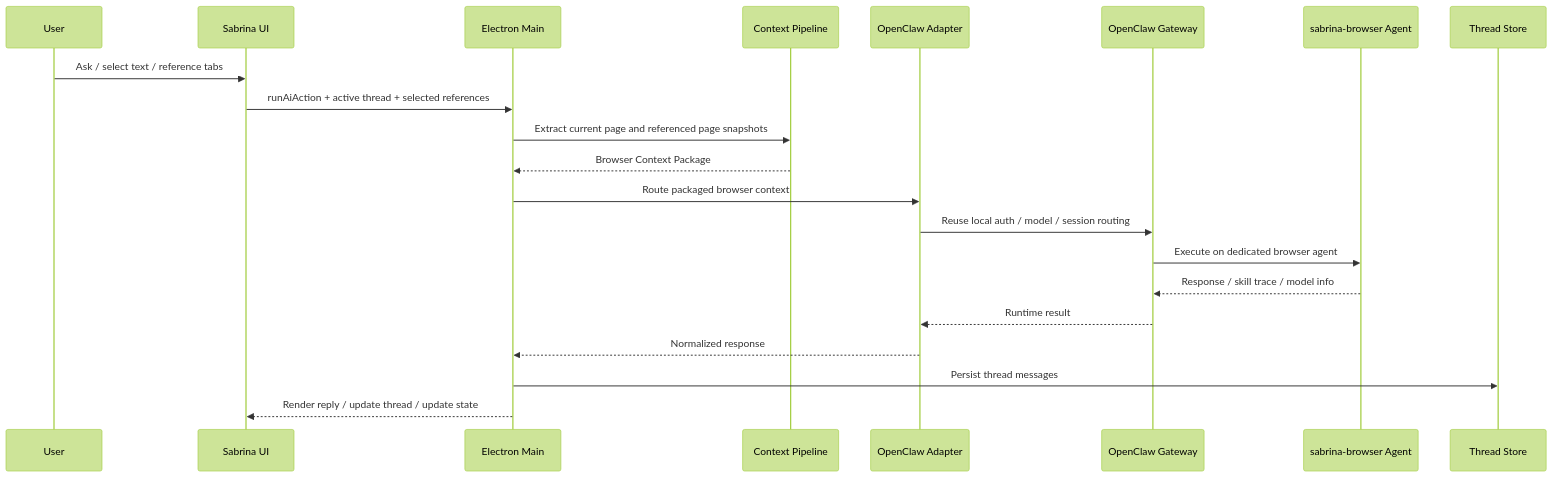
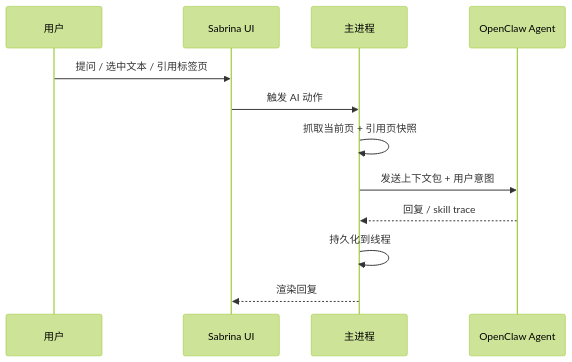
The second of 2 diagrams in README.md (jiaqi015/openclaw-ai-browser), drawn with Mermaid (forest theme) before and after one commit. The commit also changed other lines of this file and 1 other file, not shown here.

First line of the commit message:
simplify: replace detailed arch diagrams with clean 3-layer view

````diff
--- a/README.md
+++ b/README.md
@@ -161,24 +145,15 @@
 ```mermaid
 sequenceDiagram
-  participant U as User
+  participant U as 用户
   participant UI as Sabrina UI
-  participant Main as Electron Main
-  participant Ctx as Context Pipeline
-  participant OC as OpenClaw Adapter
-  participant GW as OpenClaw Gateway
-  participant AG as sabrina-browser Agent
-  participant TS as Thread Store
+  participant Main as 主进程
+  participant OC as OpenClaw Agent
 
-  U->>UI: Ask / select text / reference tabs
-  UI->>Main: runAiAction + active thread + selected references
-  Main->>Ctx: Extract current page and referenced page snapshots
-  Ctx-->>Main: Browser Context Package
-  Main->>OC: Route packaged browser context
-  OC->>GW: Reuse local auth / model / session routing
-  GW->>AG: Execute on dedicated browser agent
-  AG-->>GW: Response / skill trace / model info
-  GW-->>OC: Runtime result
-  OC-->>Main: Normalized response
-  Main->>TS: Persist thread messages
-  Main-->>UI: Render reply / update thread / update state
+  U->>UI: 提问 / 选中文本 / 引用标签页
+  UI->>Main: 触发 AI 动作
+  Main->>Main: 抓取当前页 + 引用页快照
+  Main->>OC: 发送上下文包 + 用户意图
+  OC-->>Main: 回复 / skill trace
+  Main->>Main: 持久化到线程
+  Main-->>UI: 渲染回复
 ```
````
